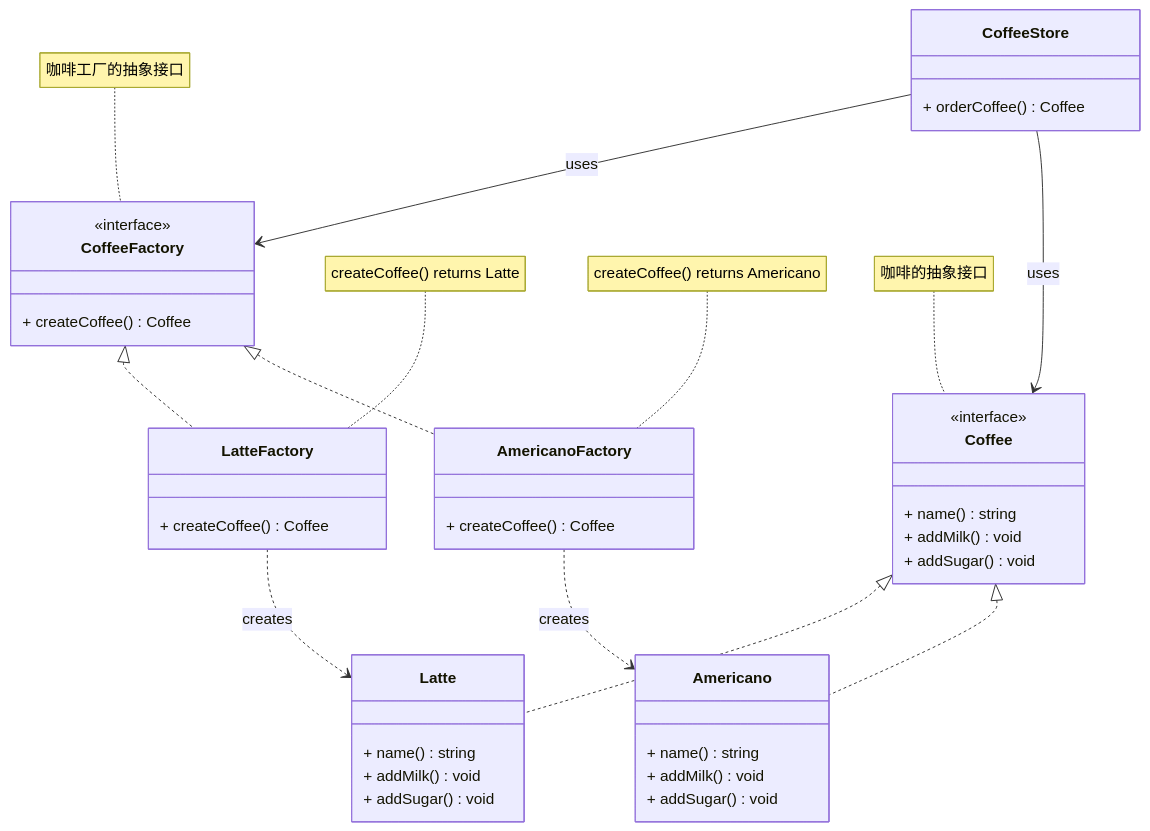
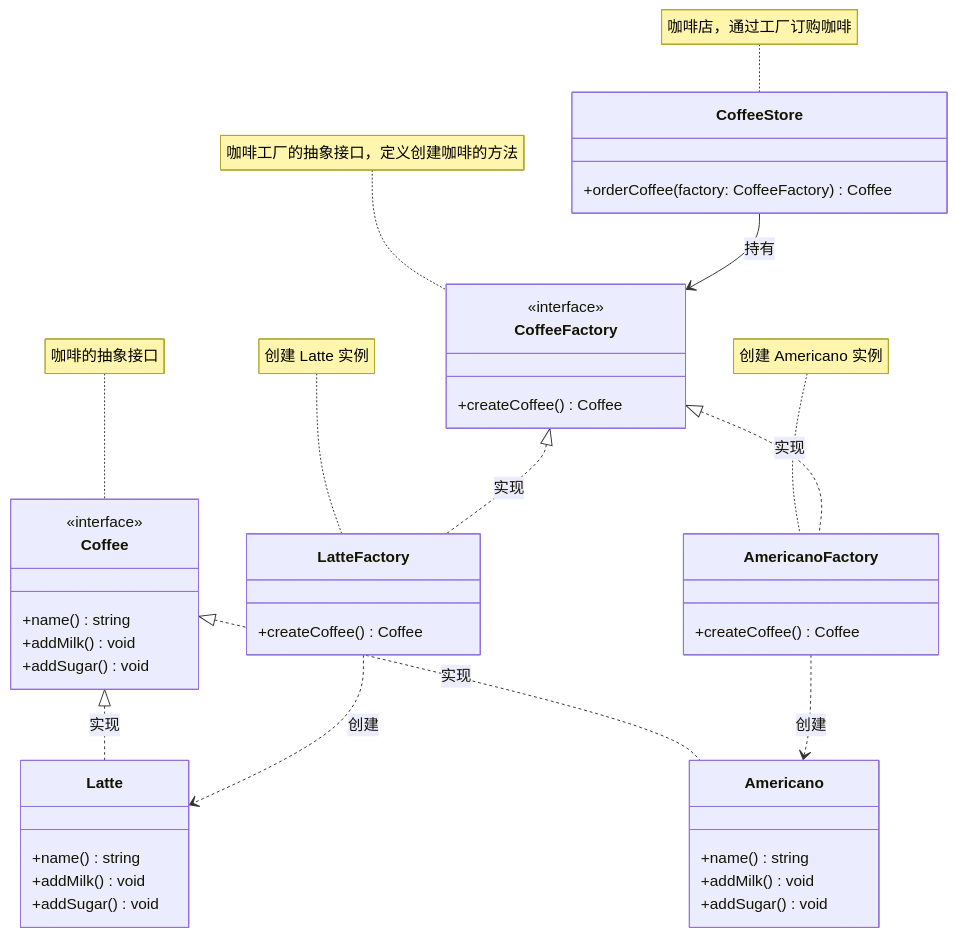
The diagram in docs/zh/后端/01-Golang/03-Golang设计模式/04-工厂方法模式.md (magicgopher/magicgopher-blog), drawn with Mermaid before and after one commit. The commit also changed 1 other file, not shown here.

Commit message:
docs(golang): 设计模式文档修改。
修改简单工厂UML类图。
修改工厂方法模式UML类图。

````diff
--- a/docs/zh/后端/01-Golang/03-Golang设计模式/04-工厂方法模式.md
+++ b/docs/zh/后端/01-Golang/03-Golang设计模式/04-工厂方法模式.md
@@ -28,52 +28,62 @@
 ```mermaid
 classDiagram
-    class CoffeeFactory
-    <<interface>> CoffeeFactory
-    CoffeeFactory: + createCoffee() Coffee
-    note for CoffeeFactory "咖啡工厂的抽象接口"
-
-    class LatteFactory {
-        + createCoffee() Coffee
+    %% 咖啡产品抽象接口
+    class Coffee {
+        <<interface>>
+        +name() string
+        +addMilk() void
+        +addSugar() void
     }
-    note for LatteFactory "createCoffee() returns Latte"
-    
-    class AmericanoFactory {
-        + createCoffee() Coffee
-    }
-    note for AmericanoFactory "createCoffee() returns Americano"
-
-    class Coffee
-    <<interface>> Coffee
-    Coffee: + name() string
-    Coffee: + addMilk() void
-    Coffee: + addSugar() void
     note for Coffee "咖啡的抽象接口"
 
+    %% 具体咖啡产品
+    class Latte {
+        +name() string
+        +addMilk() void
+        +addSugar() void
+    }
     class Americano {
-        + name() string
-        + addMilk() void
-        + addSugar() void
+        +name() string
+        +addMilk() void
+        +addSugar() void
     }
 
-    class Latte {
-        + name() string
-        + addMilk() void
-        + addSugar() void
+    %% 实现关系：产品
+    Coffee <|.. Latte : 实现
+    Coffee <|.. Americano : 实现
+
+    %% 咖啡工厂抽象接口
+    class CoffeeFactory {
+        <<interface>>
+        +createCoffee() Coffee
     }
+    note for CoffeeFactory "咖啡工厂的抽象接口，定义创建咖啡的方法"
 
+    %% 具体工厂
+    class LatteFactory {
+        +createCoffee() Coffee
+    }
+    note for LatteFactory "创建 Latte 实例"
+
+    class AmericanoFactory {
+        +createCoffee() Coffee
+    }
+    note for AmericanoFactory "创建 Americano 实例"
+
+    %% 实现关系：工厂
+    CoffeeFactory <|.. LatteFactory : 实现
+    CoffeeFactory <|.. AmericanoFactory : 实现
+
+    %% 工厂创建产品
+    LatteFactory ..> Latte : 创建
+    AmericanoFactory ..> Americano : 创建
+
+    %% 咖啡店（客户端）
     class CoffeeStore {
-        + orderCoffee() Coffee
+        +orderCoffee(factory: CoffeeFactory) Coffee
     }
+    note for CoffeeStore "咖啡店，通过工厂订购咖啡"
 
-    CoffeeStore --> CoffeeFactory : uses
-    CoffeeStore --> Coffee : uses
-
-    CoffeeFactory <|.. LatteFactory
-    CoffeeFactory <|.. AmericanoFactory
-
-    Coffee <|.. Latte
-    Coffee <|.. Americano
-
-    LatteFactory ..> Latte : creates
-    AmericanoFactory ..> Americano : creates
+    %% 客户端与工厂的关系
+    CoffeeStore --> CoffeeFactory : 持有
 ```
````
